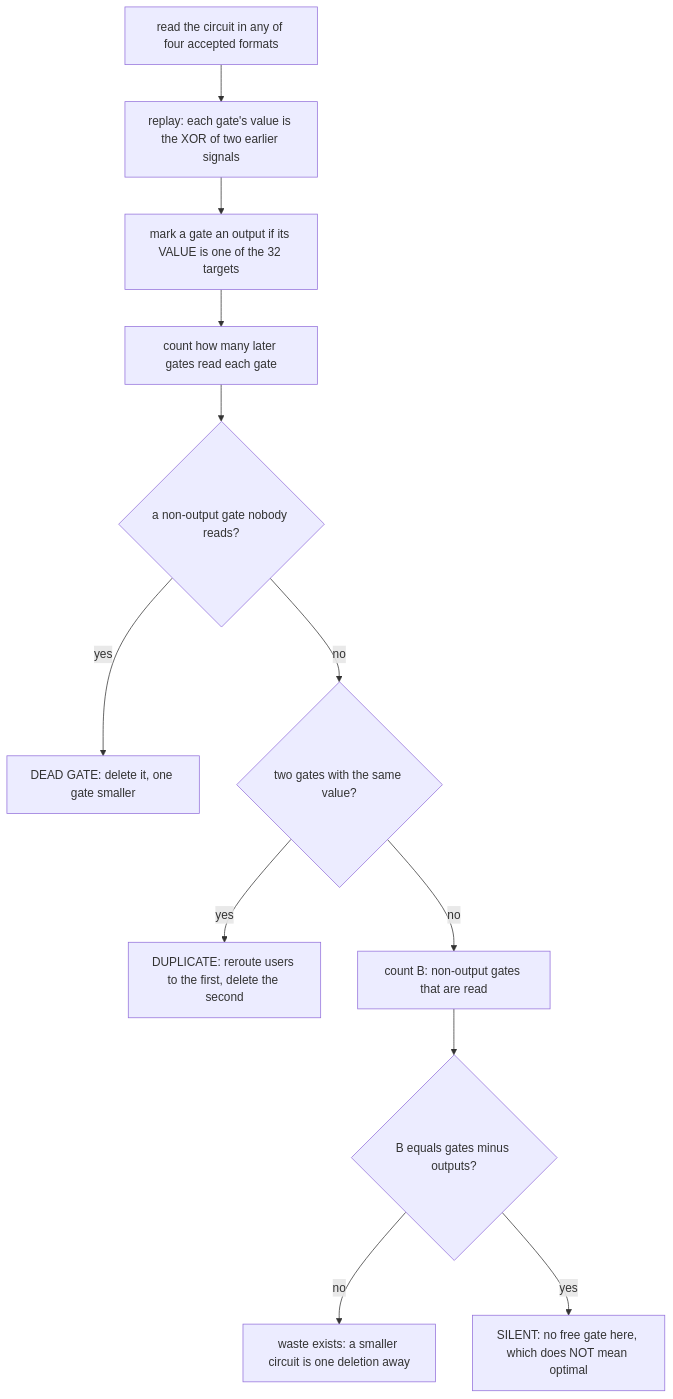
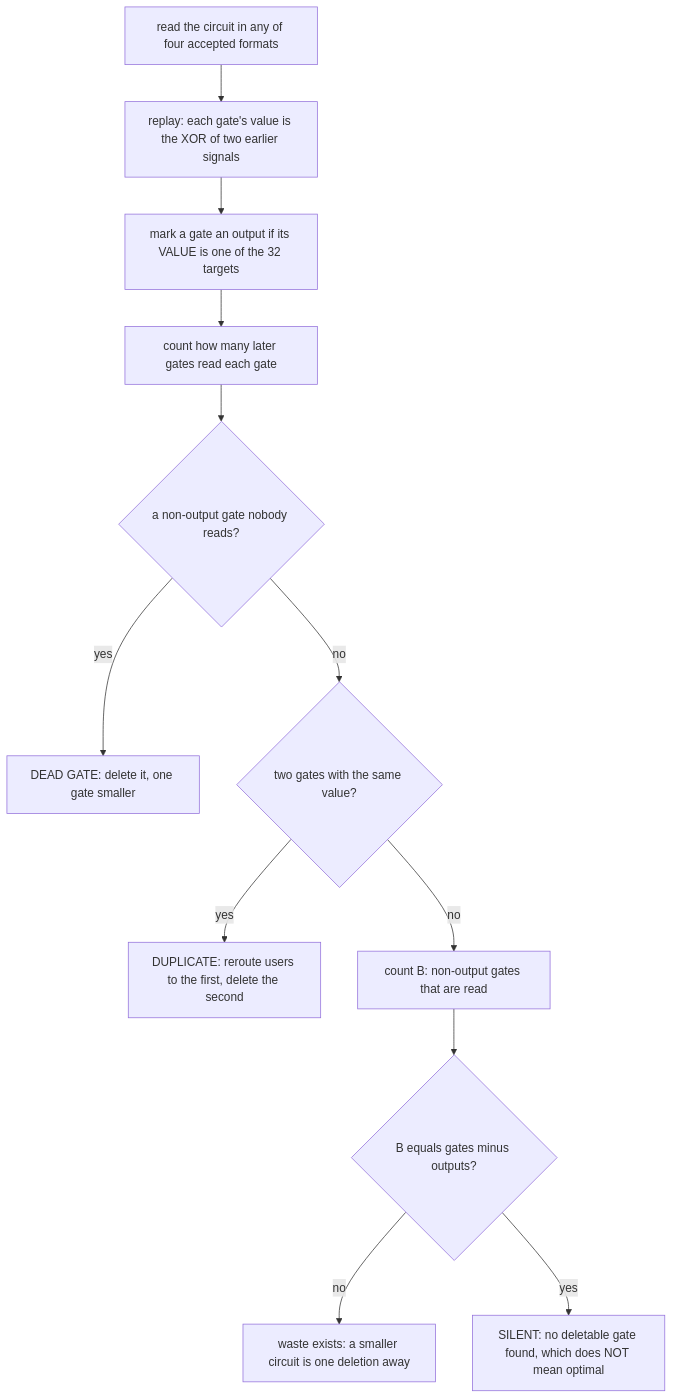
The diagram in tools/HOW.md (Joe-b-20/slp-plateau-search), drawn with Mermaid before and after one commit. The commit also changed other lines of this file and 50 other files, not shown here.

````diff
--- a/tools/HOW.md
+++ b/tools/HOW.md
@@ -36,14 +37,14 @@
 ```mermaid
 flowchart TD
     A["read the circuit in any of four accepted formats"] --> B["replay: each gate's value is the XOR of two earlier signals"]
     B --> C["mark a gate an output if its VALUE is one of the 32 targets"]
     C --> D["count how many later gates read each gate"]
     D --> E{"a non-output gate nobody reads?"}
     E -->|"yes"| F["DEAD GATE: delete it, one gate smaller"]
     E -->|"no"| G{"two gates with the same value?"}
     G -->|"yes"| H["DUPLICATE: reroute users to the first, delete the second"]
     G -->|"no"| I["count B: non-output gates that are read"]
     I --> J{"B equals gates minus outputs?"}
     J -->|"no"| K["waste exists: a smaller circuit is one deletion away"]
-    J -->|"yes"| L["SILENT: no free gate here, which does NOT mean optimal"]
+    J -->|"yes"| L["SILENT: no deletable gate found, which does NOT mean optimal"]
 ```
````
